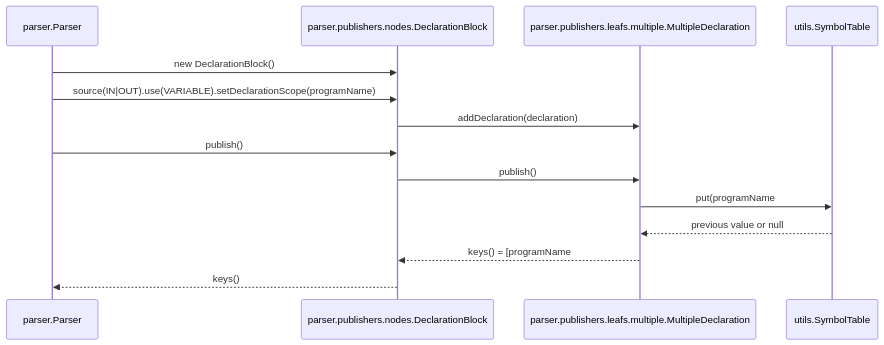
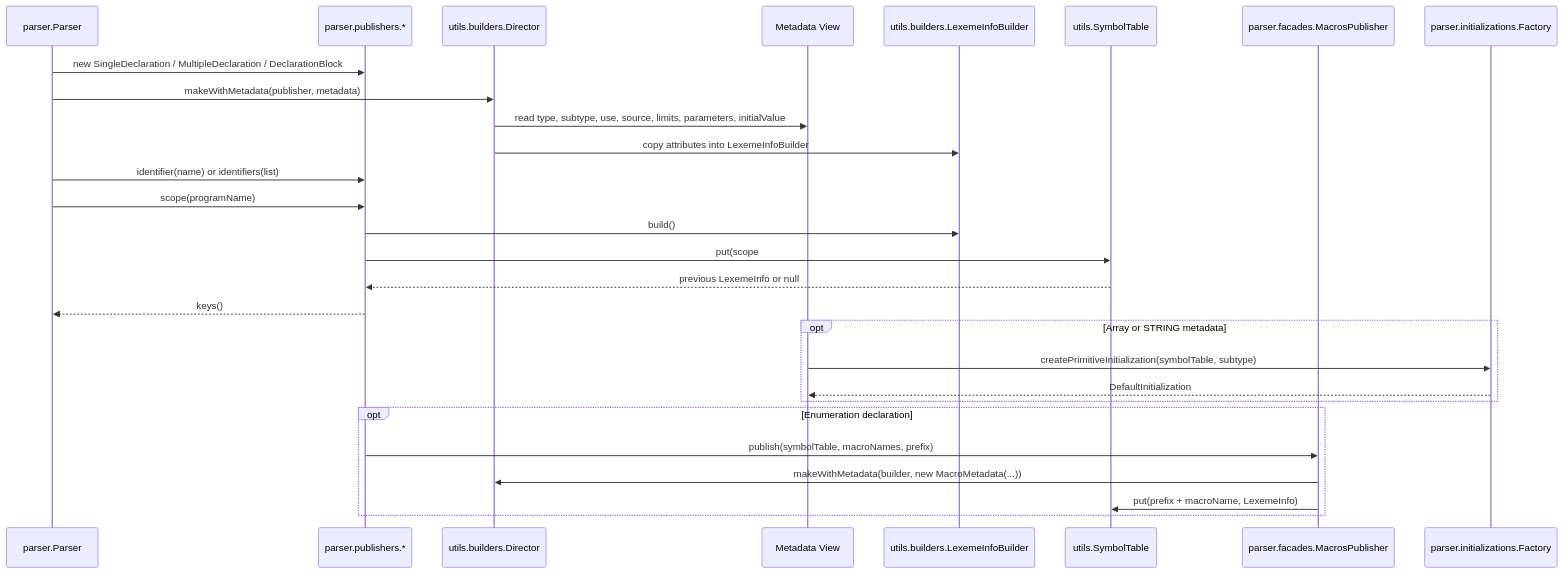
Before and after one commit to PascalUser/FLC-IEC61131-7: the fifth of 6 diagrams in doc/modules/parser.md, drawn with Mermaid. The commit also changed other lines of this file and 191 other files, not shown here.

````diff
--- a/doc/modules/parser.md
+++ b/doc/modules/parser.md
@@ -644,17 +683,33 @@
 ```mermaid
 sequenceDiagram
     participant Parser as parser.Parser
-    participant PD as parser.publishers.nodes.DeclarationBlock
-    participant MD as parser.publishers.leafs.multiple.MultipleDeclaration
+    participant Publisher as parser.publishers.*
+    participant Director as utils.builders.Director
+    participant Metadata as Metadata View
+    participant Builder as utils.builders.LexemeInfoBuilder
     participant ST as utils.SymbolTable
+    participant MacroPub as parser.facades.MacrosPublisher
+    participant Factory as parser.initializations.Factory
 
-    Parser->>PD: new DeclarationBlock()
-    Parser->>PD: source(IN|OUT).use(VARIABLE).setDeclarationScope(programName)
-    PD->>MD: addDeclaration(declaration)
-    Parser->>PD: publish()
-    PD->>MD: publish()
-    MD->>ST: put(programName#identifier, builder.build()) for each identifier
-    ST-->>MD: previous value or null
-    MD-->>PD: keys() = [programName#id1, programName#id2]
-    PD-->>Parser: keys()
+    Parser->>Publisher: new SingleDeclaration / MultipleDeclaration / DeclarationBlock
+    Parser->>Director: makeWithMetadata(publisher, metadata)
+    Director->>Metadata: read type, subtype, use, source, limits, parameters, initialValue
+    Director->>Builder: copy attributes into LexemeInfoBuilder
+    Parser->>Publisher: identifier(name) or identifiers(list)
+    Parser->>Publisher: scope(programName)
+    Publisher->>Builder: build()
+    Publisher->>ST: put(scope#identifier, LexemeInfo)
+    ST-->>Publisher: previous LexemeInfo or null
+    Publisher-->>Parser: keys()
+
+    opt Array or STRING metadata
+        Metadata->>Factory: createPrimitiveInitialization(symbolTable, subtype)
+        Factory-->>Metadata: DefaultInitialization
+    end
+
+    opt Enumeration declaration
+        Publisher->>MacroPub: publish(symbolTable, macroNames, prefix)
+        MacroPub->>Director: makeWithMetadata(builder, new MacroMetadata(...))
+        MacroPub->>ST: put(prefix + macroName, LexemeInfo)
+    end
 ```
````
